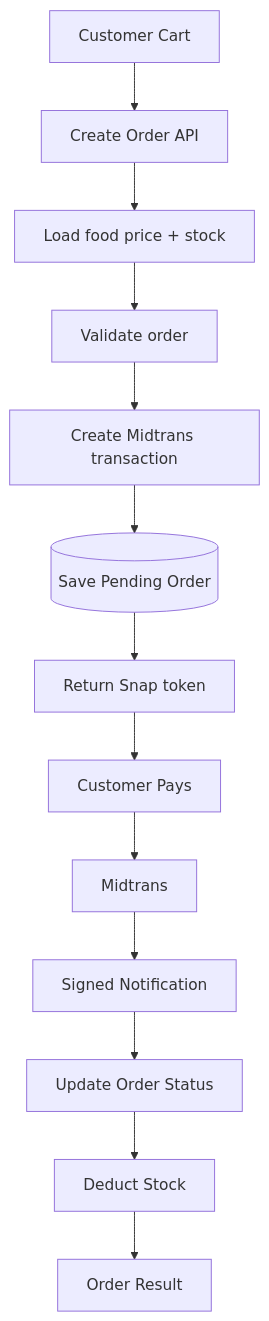
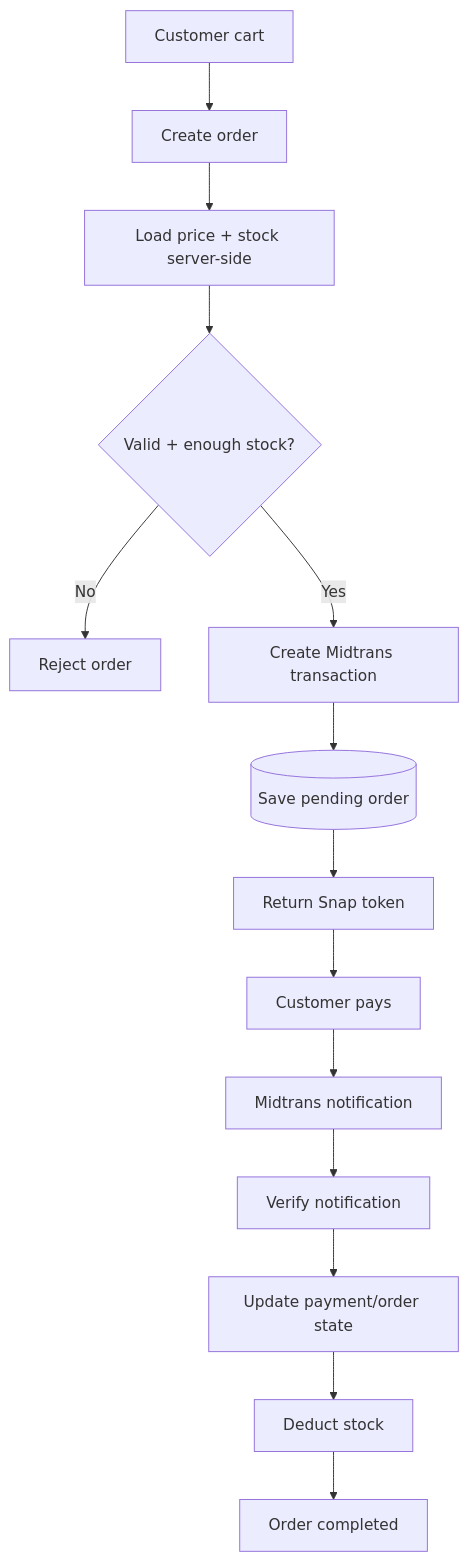
One commit to HidayahMF/kantinpintarv2 changed the second of 5 diagrams in docs/development-pipeline.md. Above: the diagram before and after it, drawn with Mermaid. The commit also changed other lines of this file, not shown here.

````diff
--- a/docs/development-pipeline.md
+++ b/docs/development-pipeline.md
@@ -21,15 +37,16 @@
 ```mermaid
 flowchart TD
-    CART[Customer Cart] --> API[Create Order API]
-    API --> LOAD[Load food price + stock]
-    LOAD --> VALID[Validate order]
-    VALID --> PAY[Create Midtrans transaction]
-    PAY --> PENDING[(Save Pending Order)]
-    PENDING --> SNAP[Return Snap token]
-    SNAP --> CUSTOMER[Customer Pays]
-    CUSTOMER --> MID[Midtrans]
-    MID --> WEBHOOK[Signed Notification]
-    WEBHOOK --> STATUS[Update Order Status]
-    STATUS --> STOCK[Deduct Stock]
-    STOCK --> DONE[Order Result]
+    CART[Customer cart] --> CREATE[Create order]
+    CREATE --> SERVER[Load price + stock server-side]
+    SERVER --> VALID{Valid + enough stock?}
+    VALID -->|No| REJECT[Reject order]
+    VALID -->|Yes| MID[Create Midtrans transaction]
+    MID --> SAVE[(Save pending order)]
+    SAVE --> TOKEN[Return Snap token]
+    TOKEN --> PAY[Customer pays]
+    PAY --> CALLBACK[Midtrans notification]
+    CALLBACK --> VERIFY[Verify notification]
+    VERIFY --> STATE[Update payment/order state]
+    STATE --> STOCK[Deduct stock]
+    STOCK --> COMPLETE[Order completed]
 ```
````
